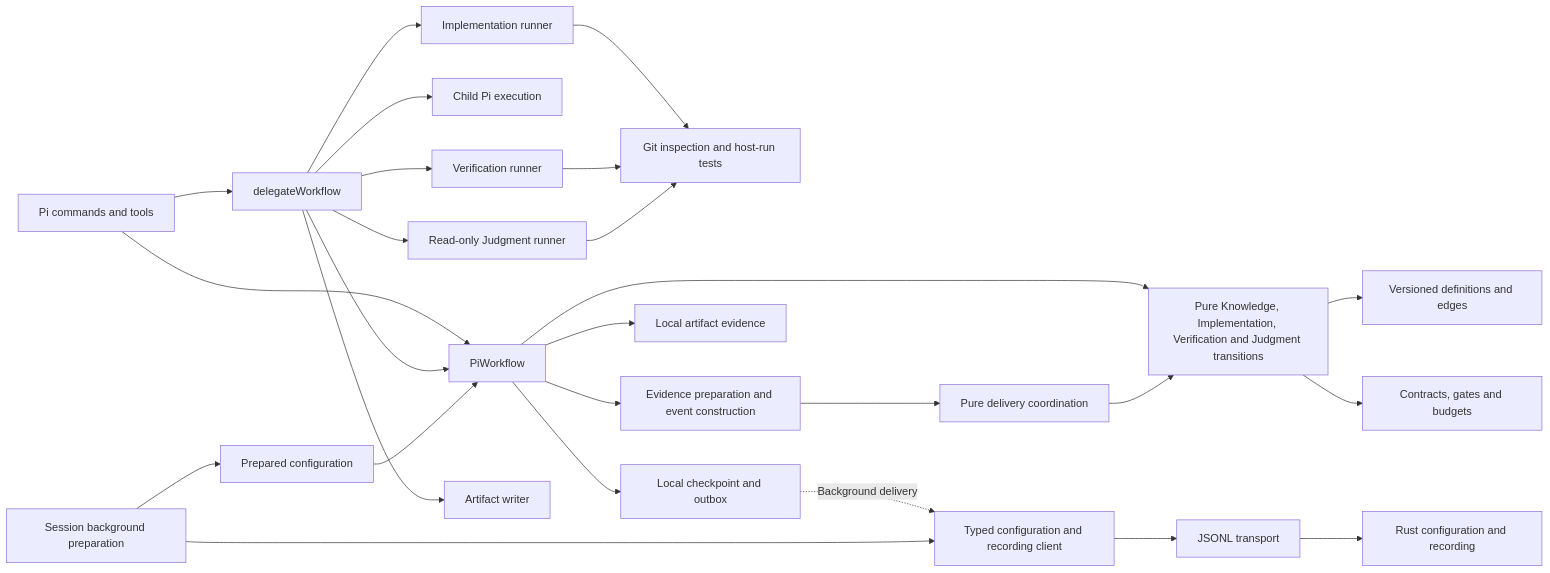
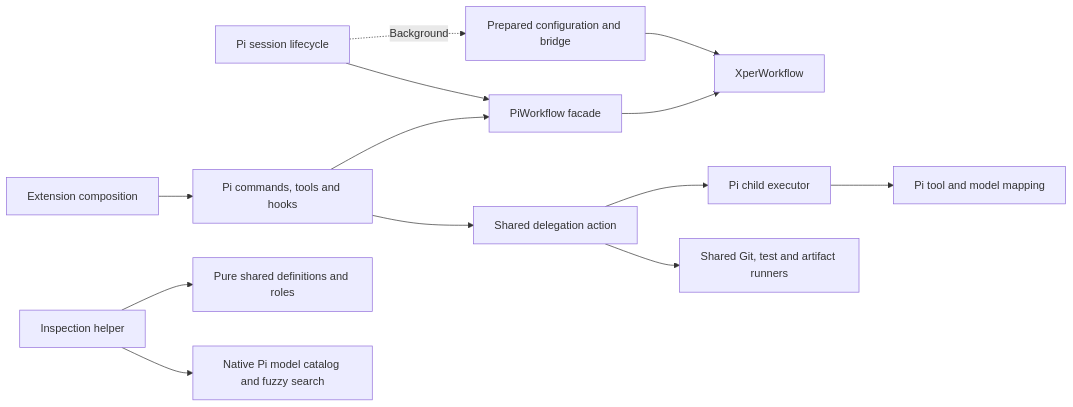
Before and after one commit to xpersh/xper: the diagram in adapters/pi/docs/architecture.md, drawn with Mermaid. The commit also changed other lines of this file and 250 other files, not shown here.

Commit message:
refactor(adapters): extract shared TypeScript workflow

````diff
--- a/adapters/pi/docs/architecture.md
+++ b/adapters/pi/docs/architecture.md
@@ -16,28 +16,15 @@
 ```mermaid
 flowchart LR
-    Commands[Pi commands and tools] --> Workflow[PiWorkflow]
-    Commands --> Action[delegateWorkflow]
-    Action --> Workflow
-    Action --> Executor[Child Pi execution]
-    Action --> Implementation[Implementation runner]
-    Implementation --> Git[Git inspection and host-run tests]
-    Action --> Verification[Verification runner]
-    Verification --> Git
-    Action --> Judgment[Read-only Judgment runner]
-    Judgment --> Git
-    Action --> Writer[Artifact writer]
-    Workflow --> Machines[Pure Knowledge, Implementation, Verification and Judgment transitions]
-    Workflow --> Runtime[Evidence preparation and event construction]
-    Runtime --> Delivery[Pure delivery coordination]
-    Delivery --> Machines
-    Machines --> Definition[Versioned definitions and edges]
-    Machines --> Policy[Contracts, gates and budgets]
-    Workflow --> Evidence[Local artifact evidence]
-    Workflow --> Journal[Local checkpoint and outbox]
-    Journal -. Background delivery .-> Client[Typed configuration and recording client]
-    Session[Session background preparation] --> Client
-    Session --> Prepared[Prepared configuration]
-    Prepared --> Workflow
-    Client --> Bridge[JSONL transport]
-    Bridge --> Core[Rust configuration and recording]
+    Extension[Extension composition] --> Commands[Pi commands, tools and hooks]
+    Commands --> Facade[PiWorkflow facade]
+    Facade --> Shared[XperWorkflow]
+    Commands --> Action[Shared delegation action]
+    Action --> Child[Pi child executor]
+    Action --> Host[Shared Git, test and artifact runners]
+    Child --> Tools[Pi tool and model mapping]
+    Session[Pi session lifecycle] --> Facade
+    Session -. Background .-> Config[Prepared configuration and bridge]
+    Config --> Shared
+    Inspection[Inspection helper] --> Pure[Pure shared definitions and roles]
+    Inspection --> Catalog[Native Pi model catalog and fuzzy search]
 ```
````
